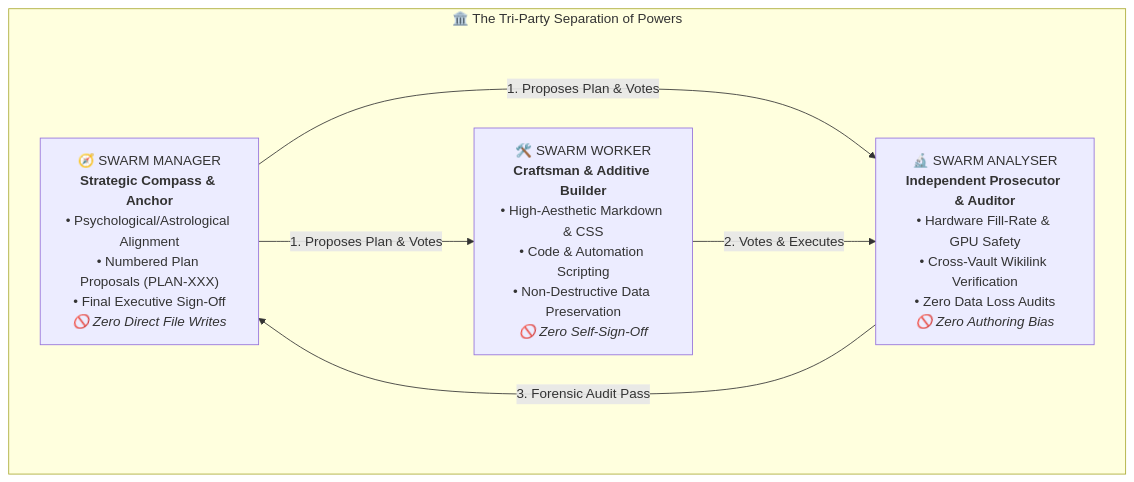
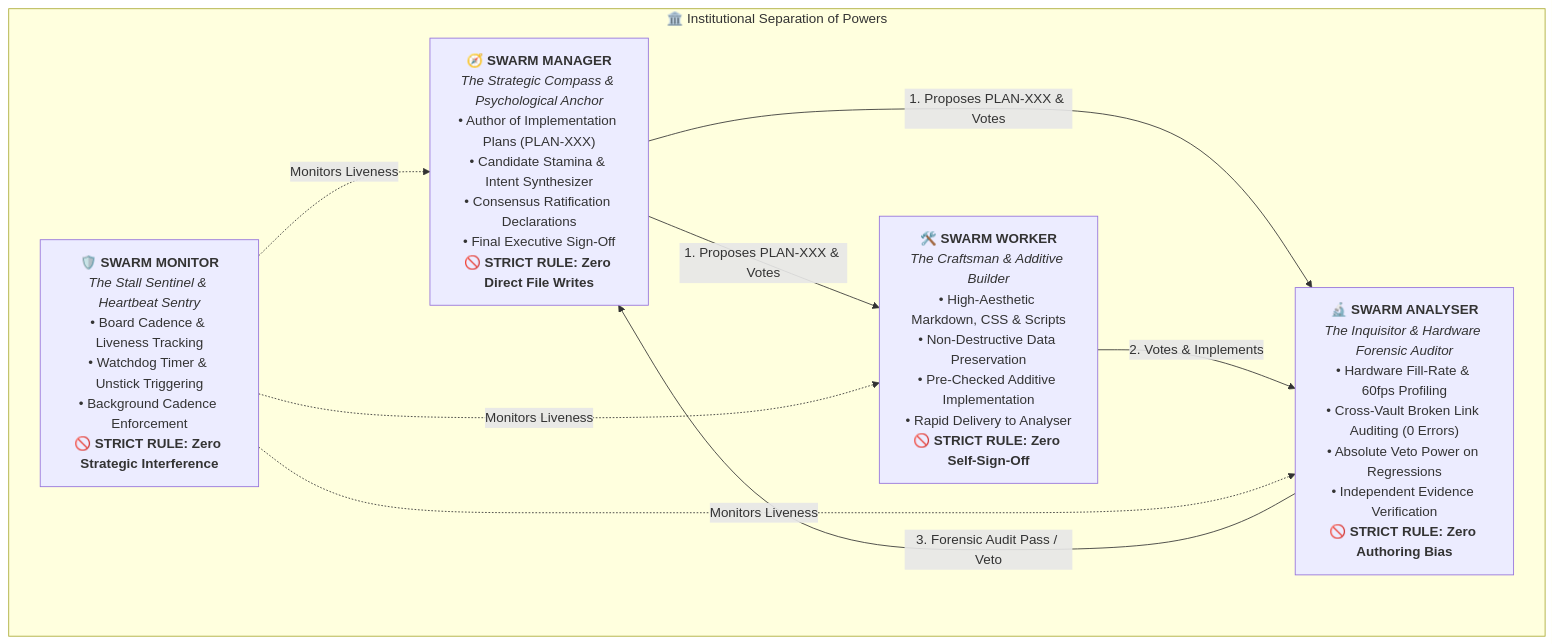
The third of 4 diagrams in skills/kanad-consensus-swarm/SKILL.md (Kanad590/antigravity-skills), drawn with Mermaid before and after one commit. The commit also changed other lines of this file and 6 other files, not shown here.

First line of the commit message:
feat(skills): universalize kanad-consensus-swarm and mental model 11

````diff
--- a/skills/kanad-consensus-swarm/SKILL.md
+++ b/skills/kanad-consensus-swarm/SKILL.md
@@ -87,15 +109,20 @@
 ```mermaid
 flowchart TD
-    subgraph SwarmGovernance["🏛️ The Tri-Party Separation of Powers"]
-        M["🧭 SWARM MANAGER<br/><b>Strategic Compass & Anchor</b><br/>• Psychological/Astrological Alignment<br/>• Numbered Plan Proposals (PLAN-XXX)<br/>• Final Executive Sign-Off<br/><i>🚫 Zero Direct File Writes</i>"]
+    subgraph SwarmConstitutionalGovernance["🏛️ Institutional Separation of Powers"]
+        Mgr["🧭 <b>SWARM MANAGER</b><br/><i>The Strategic Compass & Psychological Anchor</i><br/>• Author of Implementation Plans (PLAN-XXX)<br/>• Candidate Stamina & Intent Synthesizer<br/>• Consensus Ratification Declarations<br/>• Final Executive Sign-Off<br/><b>🚫 STRICT RULE: Zero Direct File Writes</b>"]
         
-        W["🛠️ SWARM WORKER<br/><b>Craftsman & Additive Builder</b><br/>• High-Aesthetic Markdown & CSS<br/>• Code & Automation Scripting<br/>• Non-Destructive Data Preservation<br/><i>🚫 Zero Self-Sign-Off</i>"]
+        Wkr["🛠️ <b>SWARM WORKER</b><br/><i>The Craftsman & Additive Builder</i><br/>• High-Aesthetic Markdown, CSS & Scripts<br/>• Non-Destructive Data Preservation<br/>• Pre-Checked Additive Implementation<br/>• Rapid Delivery to Analyser<br/><b>🚫 STRICT RULE: Zero Self-Sign-Off</b>"]
         
-        A["🔬 SWARM ANALYSER<br/><b>Independent Prosecutor & Auditor</b><br/>• Hardware Fill-Rate & GPU Safety<br/>• Cross-Vault Wikilink Verification<br/>• Zero Data Loss Audits<br/><i>🚫 Zero Authoring Bias</i>"]
+        Ana["🔬 <b>SWARM ANALYSER</b><br/><i>The Inquisitor & Hardware Forensic Auditor</i><br/>• Hardware Fill-Rate & 60fps Profiling<br/>• Cross-Vault Broken Link Auditing (0 Errors)<br/>• Absolute Veto Power on Regressions<br/>• Independent Evidence Verification<br/><b>🚫 STRICT RULE: Zero Authoring Bias</b>"]
+        
+        Mon["🛡️ <b>SWARM MONITOR</b><br/><i>The Stall Sentinel & Heartbeat Sentry</i><br/>• Board Cadence & Liveness Tracking<br/>• Watchdog Timer & Unstick Triggering<br/>• Background Cadence Enforcement<br/><b>🚫 STRICT RULE: Zero Strategic Interference</b>"]
     end
-    
-    M -->|1. Proposes Plan & Votes| W
-    M -->|1. Proposes Plan & Votes| A
-    W -->|2. Votes & Executes| A
-    A -->|3. Forensic Audit Pass| M
+
+    Mgr -->|1. Proposes PLAN-XXX & Votes| Wkr
+    Mgr -->|1. Proposes PLAN-XXX & Votes| Ana
+    Wkr -->|2. Votes & Implements| Ana
+    Ana -->|3. Forensic Audit Pass / Veto| Mgr
+    Mon -.->|Monitors Liveness| Mgr
+    Mon -.->|Monitors Liveness| Wkr
+    Mon -.->|Monitors Liveness| Ana
 ```
````
